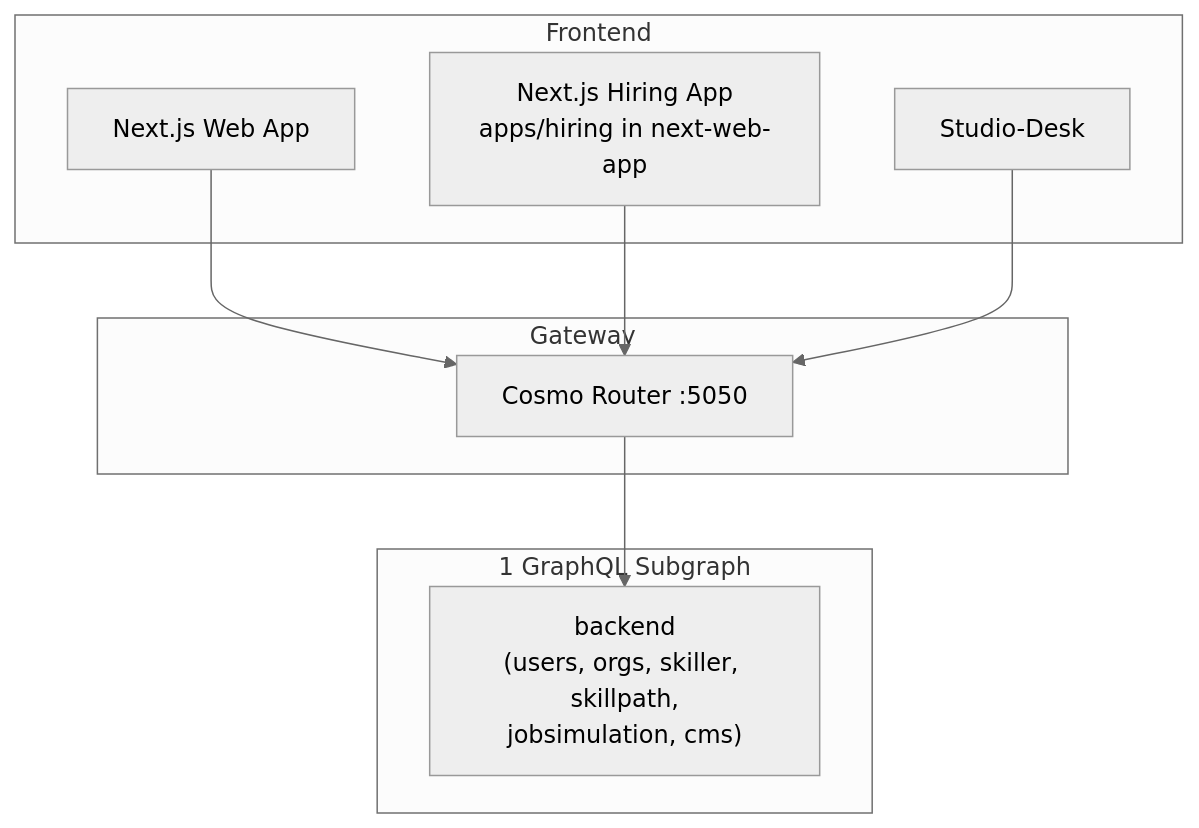
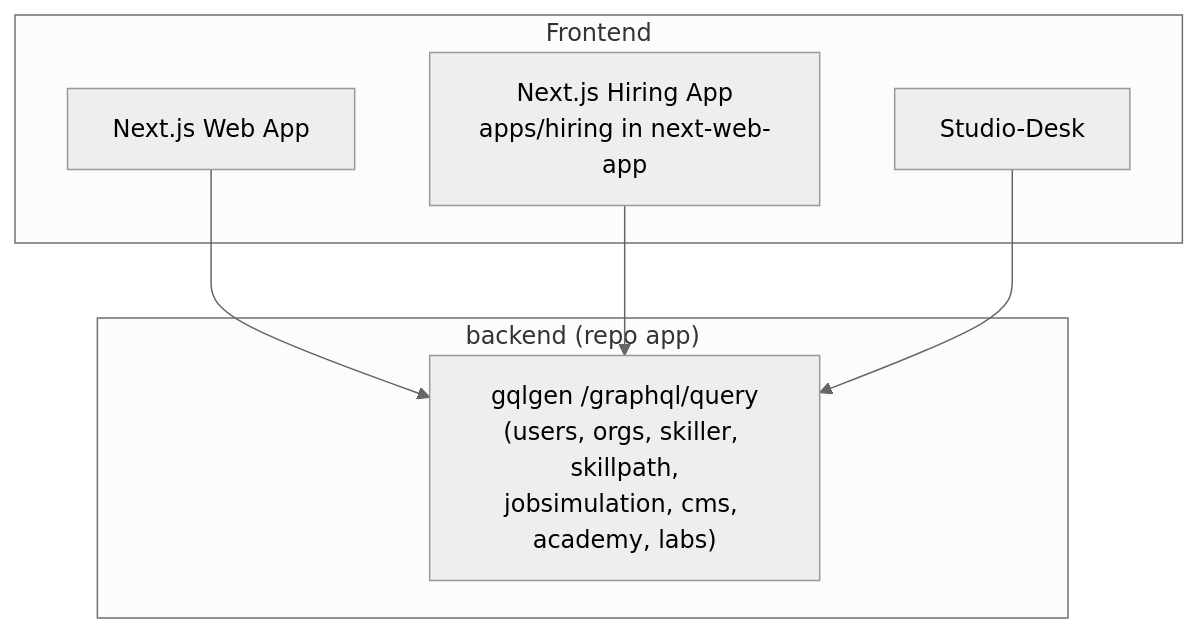
One commit to anthropos-work/rosetta changed the third of 3 diagrams in corpus/architecture/external_services.md. Above: the diagram before and after it, drawn with Mermaid (neutral theme). The commit also changed other lines of this file and 37 other files, not shown here.

````diff
--- a/corpus/architecture/external_services.md
+++ b/corpus/architecture/external_services.md
@@ -328,21 +351,16 @@
 ```mermaid
 graph TB
     subgraph Frontend
         Web[Next.js Web App]
         Hiring[Next.js Hiring App<br/>apps/hiring in next-web-app]
         Desk[Studio-Desk]
     end
 
-    subgraph Gateway
-        WG[Cosmo Router :5050]
+    subgraph Backend["backend (repo app)"]
+        GQL["gqlgen /graphql/query<br/>(users, orgs, skiller, skillpath,<br/>jobsimulation, cms, academy, labs)"]
     end
 
-    subgraph Subgraphs[1 GraphQL Subgraph]
-        Backend["backend<br/>(users, orgs, skiller, skillpath,<br/>jobsimulation, cms)"]
-    end
-
-    Web --> WG
-    Hiring --> WG
-    Desk --> WG
-    WG --> Backend
+    Web --> GQL
+    Hiring --> GQL
+    Desk --> GQL
 ```
````
